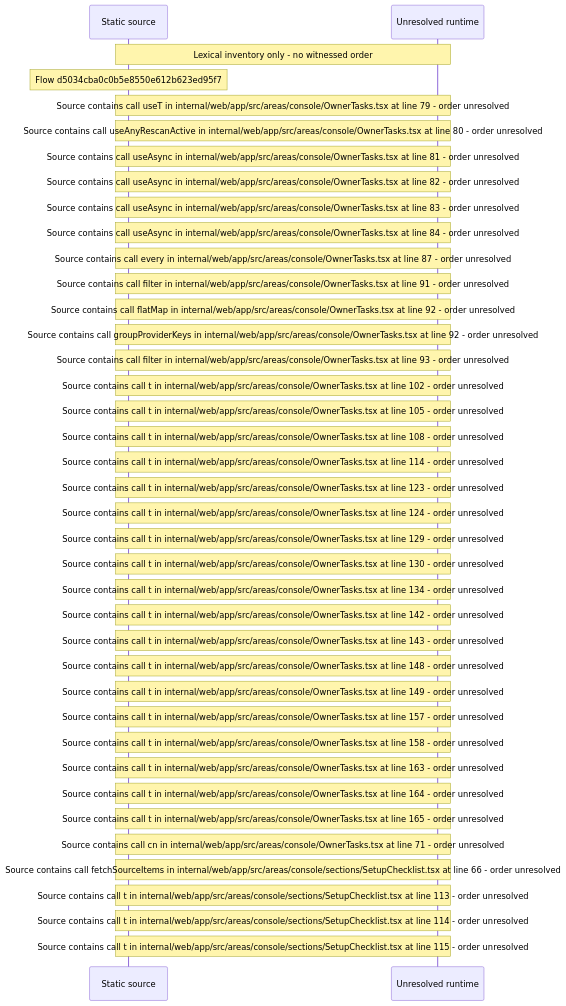
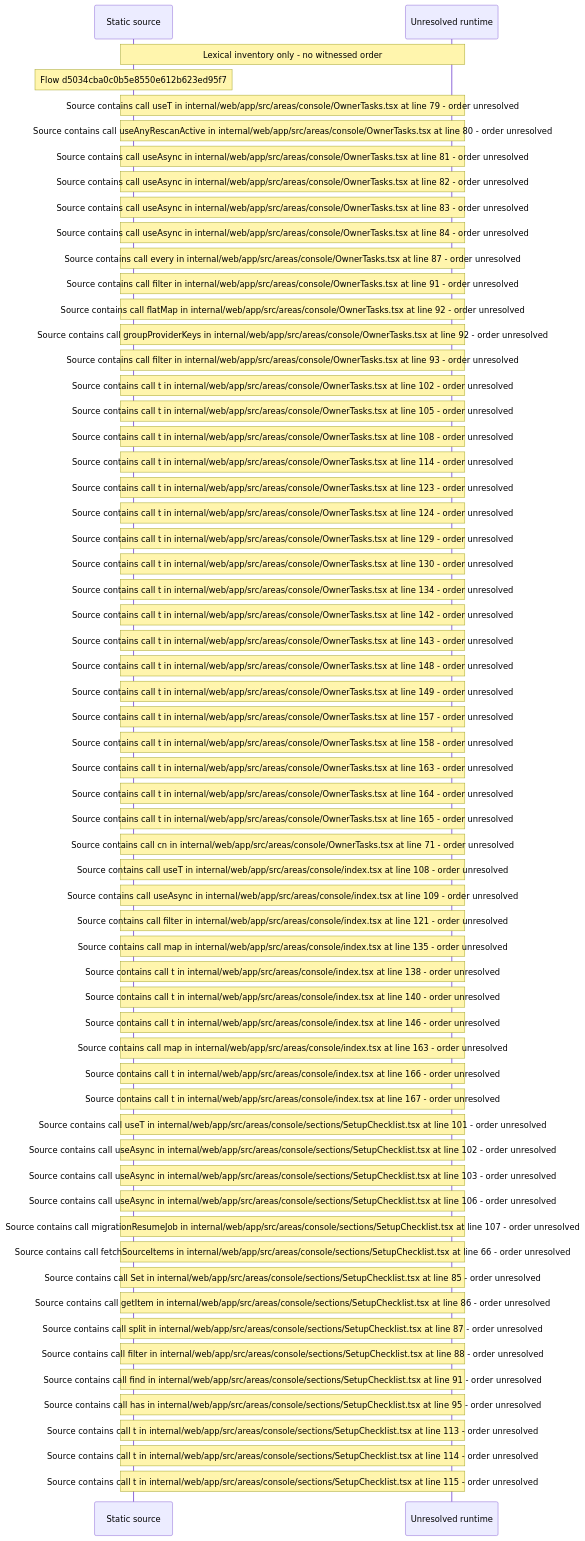
One commit to beamfall/core changed the diagram in docs/web/flows/generated/d5034cba0c0b5e8550e612b623ed95f7/flow-diagram.md. Above: the diagram before and after it, drawn with Mermaid. The commit also changed other lines of this file and 699 other files, not shown here.

Commit message:
Regenerate the web flow record with flow generator version 5

````diff
--- a/docs/web/flows/generated/d5034cba0c0b5e8550e612b623ed95f7/flow-diagram.md
+++ b/docs/web/flows/generated/d5034cba0c0b5e8550e612b623ed95f7/flow-diagram.md
@@ -10,41 +10,62 @@
 ```mermaid
 sequenceDiagram
     participant S as Static source
     participant U as Unresolved runtime
     Note over S,U: Lexical inventory only - no witnessed order
     Note over S: Flow d5034cba0c0b5e8550e612b623ed95f7
     Note over S,U: Source contains call useT in internal/web/app/src/areas/console/OwnerTasks.tsx at line 79 - order unresolved
     Note over S,U: Source contains call useAnyRescanActive in internal/web/app/src/areas/console/OwnerTasks.tsx at line 80 - order unresolved
     Note over S,U: Source contains call useAsync in internal/web/app/src/areas/console/OwnerTasks.tsx at line 81 - order unresolved
     Note over S,U: Source contains call useAsync in internal/web/app/src/areas/console/OwnerTasks.tsx at line 82 - order unresolved
     Note over S,U: Source contains call useAsync in internal/web/app/src/areas/console/OwnerTasks.tsx at line 83 - order unresolved
     Note over S,U: Source contains call useAsync in internal/web/app/src/areas/console/OwnerTasks.tsx at line 84 - order unresolved
     Note over S,U: Source contains call every in internal/web/app/src/areas/console/OwnerTasks.tsx at line 87 - order unresolved
     Note over S,U: Source contains call filter in internal/web/app/src/areas/console/OwnerTasks.tsx at line 91 - order unresolved
     Note over S,U: Source contains call flatMap in internal/web/app/src/areas/console/OwnerTasks.tsx at line 92 - order unresolved
     Note over S,U: Source contains call groupProviderKeys in internal/web/app/src/areas/console/OwnerTasks.tsx at line 92 - order unresolved
     Note over S,U: Source contains call filter in internal/web/app/src/areas/console/OwnerTasks.tsx at line 93 - order unresolved
     Note over S,U: Source contains call t in internal/web/app/src/areas/console/OwnerTasks.tsx at line 102 - order unresolved
     Note over S,U: Source contains call t in internal/web/app/src/areas/console/OwnerTasks.tsx at line 105 - order unresolved
     Note over S,U: Source contains call t in internal/web/app/src/areas/console/OwnerTasks.tsx at line 108 - order unresolved
     Note over S,U: Source contains call t in internal/web/app/src/areas/console/OwnerTasks.tsx at line 114 - order unresolved
     Note over S,U: Source contains call t in internal/web/app/src/areas/console/OwnerTasks.tsx at line 123 - order unresolved
     Note over S,U: Source contains call t in internal/web/app/src/areas/console/OwnerTasks.tsx at line 124 - order unresolved
     Note over S,U: Source contains call t in internal/web/app/src/areas/console/OwnerTasks.tsx at line 129 - order unresolved
     Note over S,U: Source contains call t in internal/web/app/src/areas/console/OwnerTasks.tsx at line 130 - order unresolved
     Note over S,U: Source contains call t in internal/web/app/src/areas/console/OwnerTasks.tsx at line 134 - order unresolved
     Note over S,U: Source contains call t in internal/web/app/src/areas/console/OwnerTasks.tsx at line 142 - order unresolved
     Note over S,U: Source contains call t in internal/web/app/src/areas/console/OwnerTasks.tsx at line 143 - order unresolved
     Note over S,U: Source contains call t in internal/web/app/src/areas/console/OwnerTasks.tsx at line 148 - order unresolved
     Note over S,U: Source contains call t in internal/web/app/src/areas/console/OwnerTasks.tsx at line 149 - order unresolved
     Note over S,U: Source contains call t in internal/web/app/src/areas/console/OwnerTasks.tsx at line 157 - order unresolved
     Note over S,U: Source contains call t in internal/web/app/src/areas/console/OwnerTasks.tsx at line 158 - order unresolved
     Note over S,U: Source contains call t in internal/web/app/src/areas/console/OwnerTasks.tsx at line 163 - order unresolved
     Note over S,U: Source contains call t in internal/web/app/src/areas/console/OwnerTasks.tsx at line 164 - order unresolved
     Note over S,U: Source contains call t in internal/web/app/src/areas/console/OwnerTasks.tsx at line 165 - order unresolved
     Note over S,U: Source contains call cn in internal/web/app/src/areas/console/OwnerTasks.tsx at line 71 - order unresolved
+    Note over S,U: Source contains call useT in internal/web/app/src/areas/console/index.tsx at line 108 - order unresolved
+    Note over S,U: Source contains call useAsync in internal/web/app/src/areas/console/index.tsx at line 109 - order unresolved
+    Note over S,U: Source contains call filter in internal/web/app/src/areas/console/index.tsx at line 121 - order unresolved
+    Note over S,U: Source contains call map in internal/web/app/src/areas/console/index.tsx at line 135 - order unresolved
+    Note over S,U: Source contains call t in internal/web/app/src/areas/console/index.tsx at line 138 - order unresolved
+    Note over S,U: Source contains call t in internal/web/app/src/areas/console/index.tsx at line 140 - order unresolved
+    Note over S,U: Source contains call t in internal/web/app/src/areas/console/index.tsx at line 146 - order unresolved
+    Note over S,U: Source contains call map in internal/web/app/src/areas/console/index.tsx at line 163 - order unresolved
+    Note over S,U: Source contains call t in internal/web/app/src/areas/console/index.tsx at line 166 - order unresolved
+    Note over S,U: Source contains call t in internal/web/app/src/areas/console/index.tsx at line 167 - order unresolved
+    Note over S,U: Source contains call useT in internal/web/app/src/areas/console/sections/SetupChecklist.tsx at line 101 - order unresolved
+    Note over S,U: Source contains call useAsync in internal/web/app/src/areas/console/sections/SetupChecklist.tsx at line 102 - order unresolved
+    Note over S,U: Source contains call useAsync in internal/web/app/src/areas/console/sections/SetupChecklist.tsx at line 103 - order unresolved
+    Note over S,U: Source contains call useAsync in internal/web/app/src/areas/console/sections/SetupChecklist.tsx at line 106 - order unresolved
+    Note over S,U: Source contains call migrationResumeJob in internal/web/app/src/areas/console/sections/SetupChecklist.tsx at line 107 - order unresolved
     Note over S,U: Source contains call fetchSourceItems in internal/web/app/src/areas/console/sections/SetupChecklist.tsx at line 66 - order unresolved
+    Note over S,U: Source contains call Set in internal/web/app/src/areas/console/sections/SetupChecklist.tsx at line 85 - order unresolved
+    Note over S,U: Source contains call getItem in internal/web/app/src/areas/console/sections/SetupChecklist.tsx at line 86 - order unresolved
+    Note over S,U: Source contains call split in internal/web/app/src/areas/console/sections/SetupChecklist.tsx at line 87 - order unresolved
+    Note over S,U: Source contains call filter in internal/web/app/src/areas/console/sections/SetupChecklist.tsx at line 88 - order unresolved
+    Note over S,U: Source contains call find in internal/web/app/src/areas/console/sections/SetupChecklist.tsx at line 91 - order unresolved
+    Note over S,U: Source contains call has in internal/web/app/src/areas/console/sections/SetupChecklist.tsx at line 95 - order unresolved
     Note over S,U: Source contains call t in internal/web/app/src/areas/console/sections/SetupChecklist.tsx at line 113 - order unresolved
     Note over S,U: Source contains call t in internal/web/app/src/areas/console/sections/SetupChecklist.tsx at line 114 - order unresolved
     Note over S,U: Source contains call t in internal/web/app/src/areas/console/sections/SetupChecklist.tsx at line 115 - order unresolved
 ```
````
